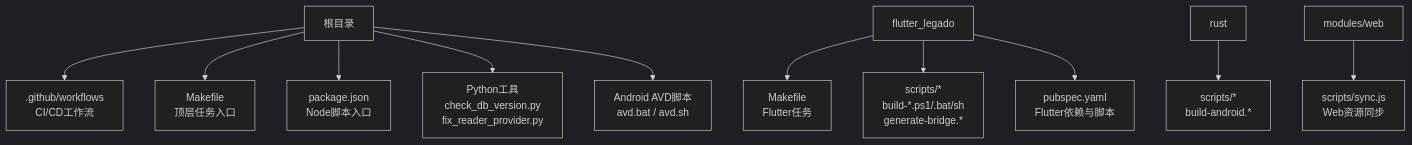
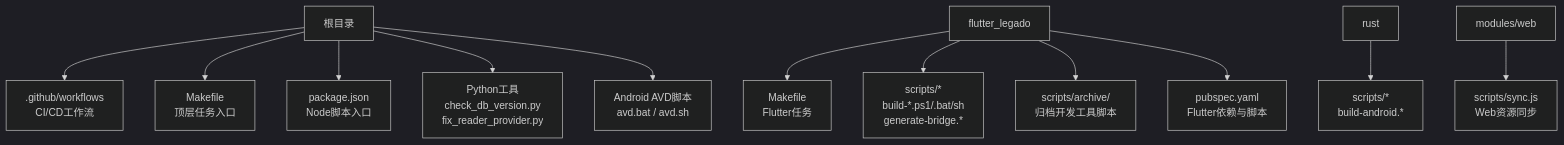
The first of 10 diagrams in .qoder/repowiki/zh/content/构建和部署/自动化脚本工具集.md (ZhangGHGitHub/LegadoTeamFlutter), drawn with Mermaid (dark theme) before and after one commit. The commit also changed other lines of this file and 173 other files, not shown here.

````diff
--- a/.qoder/repowiki/zh/content/构建和部署/自动化脚本工具集.md
+++ b/.qoder/repowiki/zh/content/构建和部署/自动化脚本工具集.md
@@ -58,13 +67,14 @@
 ```mermaid
 graph TB
 root["根目录"] --> gh_actions[".github/workflows<br/>CI/CD工作流"]
 root --> make_root["Makefile<br/>顶层任务入口"]
 root --> pkg_json["package.json<br/>Node脚本入口"]
 root --> py_tools["Python工具<br/>check_db_version.py<br/>fix_reader_provider.py"]
 root --> avd_scripts["Android AVD脚本<br/>avd.bat / avd.sh"]
 flutter["flutter_legado"] --> fl_make["Makefile<br/>Flutter任务"]
 flutter --> fl_scripts["scripts/*<br/>build-*.ps1/.bat/sh<br/>generate-bridge.*"]
+flutter --> fl_archive["scripts/archive/<br/>归档开发工具脚本"]
 flutter --> fl_pubspec["pubspec.yaml<br/>Flutter依赖与脚本"]
 rust["rust"] --> rs_scripts["scripts/*<br/>build-android.*"]
 web["modules/web"] --> web_sync["scripts/sync.js<br/>Web资源同步"]
 ```
````
